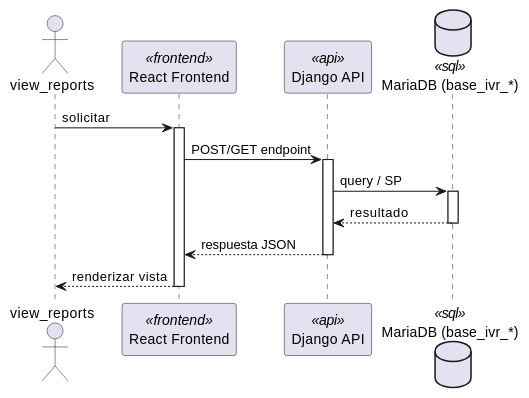
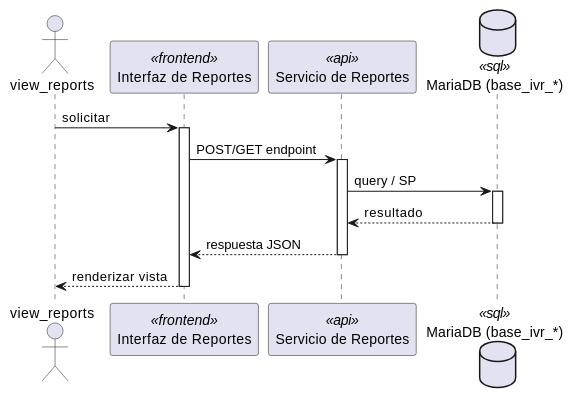
The first of 2 diagrams in source/arquitectura-tecnica/DesignView/inc-rpt-01.rst (jcg-admin/IACT-docs), drawn with PlantUML before and after one commit. The commit also changed other lines of this file and 243 other files, not shown here.

First line of the commit message:
Add missing diagrams and fix participant names across Kruchten views

```diff
--- a/source/arquitectura-tecnica/DesignView/inc-rpt-01.rst
+++ b/source/arquitectura-tecnica/DesignView/inc-rpt-01.rst
@@ -22,28 +22,28 @@
 .. uml::
  :caption: UC_INC_RPT_01 — Design View (secuencia)
 
  @startuml
 
  actor "view_reports" as view_reports
- participant "React Frontend" as Frontend <<frontend>>
- participant "Django API" as APIServer <<api>>
- database "MariaDB (base_ivr_*)" as BaseDatos <<sql>>
+ participant "Interfaz de Reportes" as Iface <<frontend>>
+ participant "Servicio de Reportes" as SvcNode <<api>>
+ database "MariaDB (base_ivr_*)" as Store <<sql>>
 
- view_reports -> Frontend : solicitar
- activate Frontend
+ view_reports -> Iface : solicitar
+ activate Iface
 
- Frontend -> APIServer : POST/GET endpoint
- activate APIServer
+ Iface -> SvcNode : POST/GET endpoint
+ activate SvcNode
 
- APIServer -> BaseDatos : query / SP
- activate BaseDatos
- BaseDatos --> APIServer : resultado
- deactivate BaseDatos
+ SvcNode -> Store : query / SP
+ activate Store
+ Store --> SvcNode : resultado
+ deactivate Store
 
- APIServer --> Frontend : respuesta JSON
- deactivate APIServer
+ SvcNode --> Iface : respuesta JSON
+ deactivate SvcNode
 
- Frontend --> view_reports : renderizar vista
- deactivate Frontend
+ Iface --> view_reports : renderizar vista
+ deactivate Iface
 
  @enduml
```
